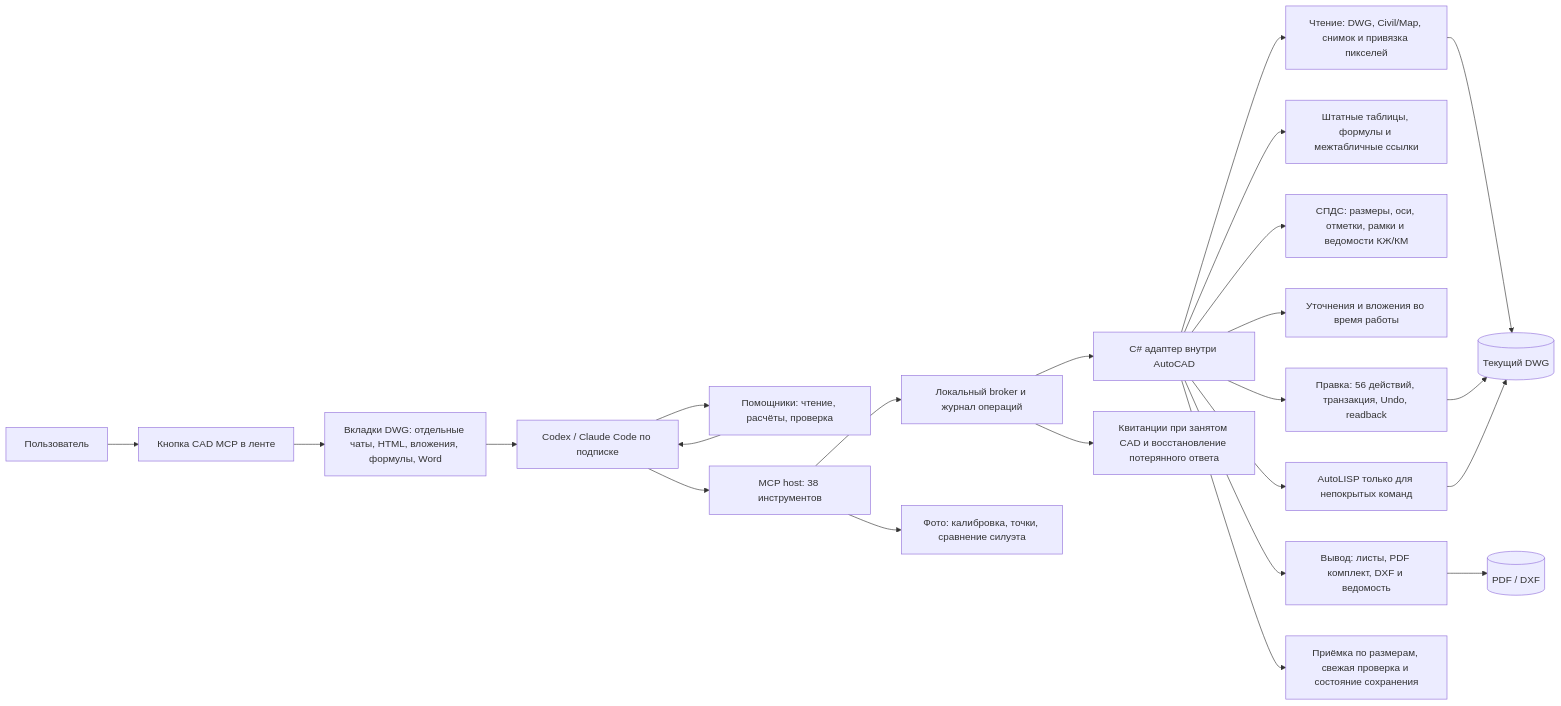
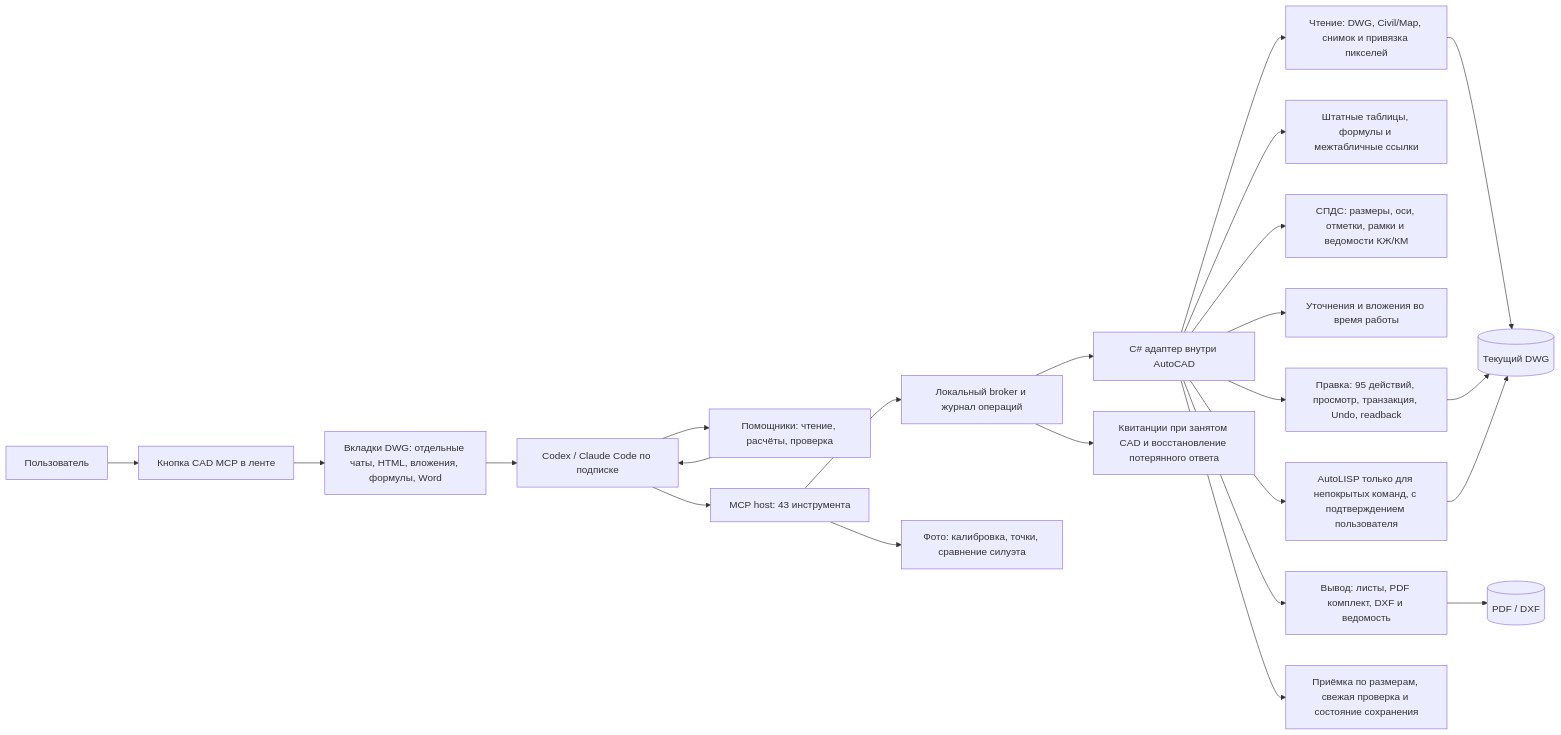
The diagram in docs/capabilities.md (debug23win/autocad-mcp), drawn with Mermaid before and after one commit. The commit also changed other lines of this file and 12 other files, not shown here.

````diff
--- a/docs/capabilities.md
+++ b/docs/capabilities.md
@@ -3,25 +3,25 @@
 ```mermaid
 flowchart LR
     U[Пользователь] --> R[Кнопка CAD MCP в ленте]
     R --> C[Вкладки DWG: отдельные чаты, HTML, вложения, формулы, Word]
     C --> P[Codex / Claude Code по подписке]
     P --> H[Помощники: чтение, расчёты, проверка]
     H --> P
-    P --> M[MCP host: 38 инструментов]
+    P --> M[MCP host: 43 инструмента]
     M --> B[Локальный broker и журнал операций]
     B --> A[C# адаптер внутри AutoCAD]
     A --> Q[Чтение: DWG, Civil/Map, снимок и привязка пикселей]
     A --> T[Штатные таблицы, формулы и межтабличные ссылки]
     A --> G[СПДС: размеры, оси, отметки, рамки и ведомости КЖ/КМ]
     A --> S[Уточнения и вложения во время работы]
-    A --> E[Правка: 56 действий, транзакция, Undo, readback]
+    A --> E[Правка: 95 действий, просмотр, транзакция, Undo, readback]
     A --> X[Вывод: листы, PDF комплект, DXF и ведомость]
-    A --> F[AutoLISP только для непокрытых команд]
+    A --> F[AutoLISP только для непокрытых команд, с подтверждением пользователя]
     M --> V[Фото: калибровка, точки, сравнение силуэта]
     A --> K[Приёмка по размерам, свежая проверка и состояние сохранения]
     B --> J[Квитанции при занятом CAD и восстановление потерянного ответа]
     Q --> D[(Текущий DWG)]
     E --> D
     X --> O[(PDF / DXF)]
     F --> D
 ```
````
